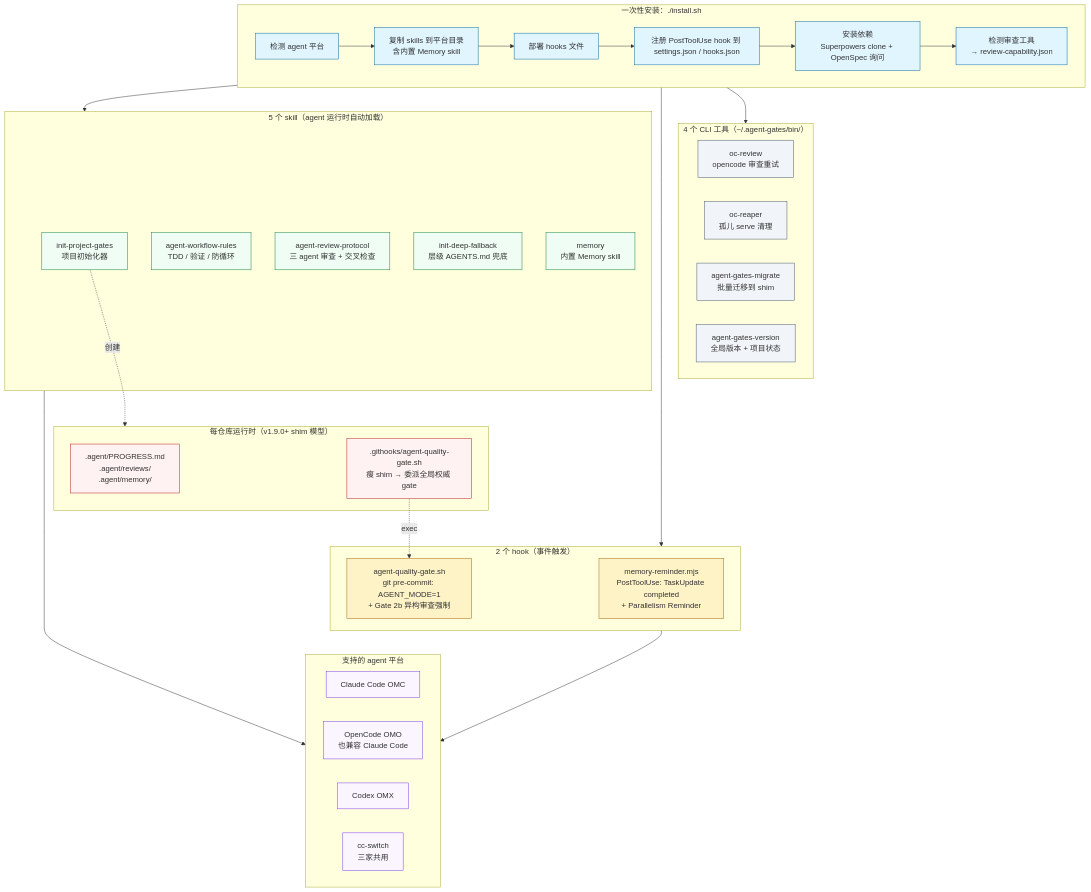
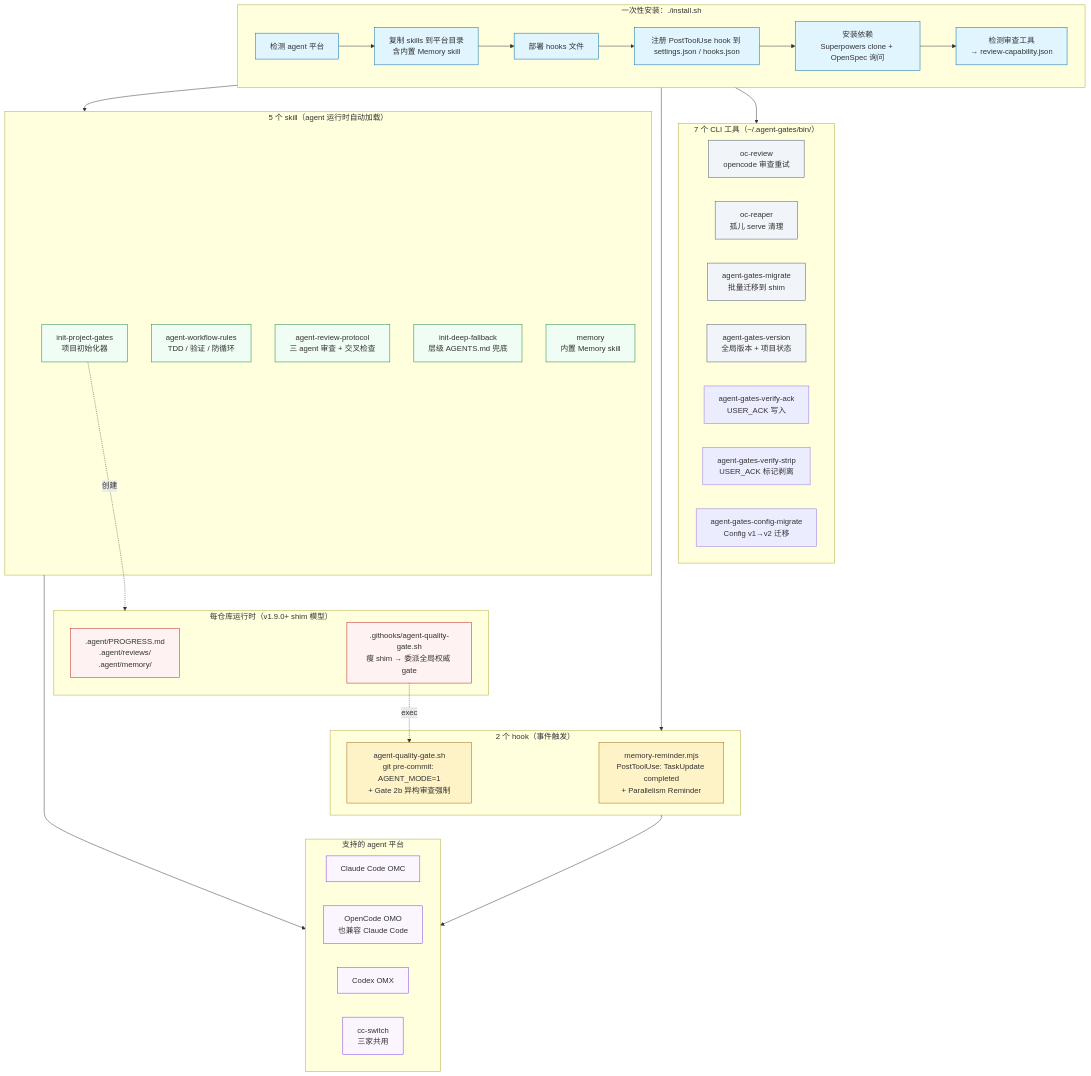
One commit to mcdowell8023/agent-gates changed the first of 5 diagrams in docs/explainer.zh.md. Above: the diagram before and after it, drawn with Mermaid. The commit also changed other lines of this file and 2 other files, not shown here.

````diff
--- a/docs/explainer.zh.md
+++ b/docs/explainer.zh.md
@@ -26,66 +26,69 @@
 ```mermaid
 flowchart TB
     subgraph install["一次性安装：./install.sh"]
         I1[检测 agent 平台]
         I2[复制 skills 到平台目录<br/>含内置 Memory skill]
         I3[部署 hooks 文件]
         I4[注册 PostToolUse hook 到 settings.json / hooks.json]
         I5[安装依赖<br/>Superpowers clone + OpenSpec 询问]
         I6[检测审查工具<br/>→ review-capability.json]
         I1 --> I2 --> I3 --> I4 --> I5 --> I6
     end
 
     subgraph skills["5 个 skill（agent 运行时自动加载）"]
         S1[init-project-gates<br/>项目初始化器]
         S2[agent-workflow-rules<br/>TDD / 验证 / 防循环]
         S3[agent-review-protocol<br/>三 agent 审查 + 交叉检查]
         S4[init-deep-fallback<br/>层级 AGENTS.md 兜底]
         S5[memory<br/>内置 Memory skill]
     end
 
     subgraph hooks["2 个 hook（事件触发）"]
         H1[memory-reminder.mjs<br/>PostToolUse: TaskUpdate completed<br/>+ Parallelism Reminder]
         H2[agent-quality-gate.sh<br/>git pre-commit: AGENT_MODE=1<br/>+ Gate 2b 异构审查强制]
     end
 
-    subgraph bin["4 个 CLI 工具（~/.agent-gates/bin/）"]
+    subgraph bin["7 个 CLI 工具（~/.agent-gates/bin/）"]
         B1[oc-review<br/>opencode 审查重试]
         B2[oc-reaper<br/>孤儿 serve 清理]
         B3[agent-gates-migrate<br/>批量迁移到 shim]
         B4[agent-gates-version<br/>全局版本 + 项目状态]
+        B5[agent-gates-verify-ack<br/>USER_ACK 写入]
+        B6[agent-gates-verify-strip<br/>USER_ACK 标记剥离]
+        B7[agent-gates-config-migrate<br/>Config v1→v2 迁移]
     end
 
     subgraph platforms["支持的 agent 平台"]
         P1[Claude Code OMC]
         P2[OpenCode OMO<br/>也兼容 Claude Code]
         P3[Codex OMX]
         P4[cc-switch<br/>三家共用]
     end
 
     subgraph runtime["每仓库运行时（v1.9.0+ shim 模型）"]
         R1[.agent/PROGRESS.md<br/>.agent/reviews/<br/>.agent/memory/]
         R2[.githooks/agent-quality-gate.sh<br/>瘦 shim → 委派全局权威 gate]
     end
 
     install --> skills
     install --> hooks
     install --> bin
     skills --> platforms
     hooks --> platforms
     S1 -.创建.-> runtime
     R2 -.exec.-> H2
 
     classDef install fill:#e1f5ff,stroke:#0369a1
     classDef skill fill:#f0fdf4,stroke:#15803d
     classDef hook fill:#fef3c7,stroke:#a16207
     classDef platform fill:#faf5ff,stroke:#7c3aed
     classDef runtime fill:#fef2f2,stroke:#b91c1c
     classDef tool fill:#f1f5f9,stroke:#475569
 
     class I1,I2,I3,I4,I5,I6 install
     class S1,S2,S3,S4,S5 skill
     class H1,H2 hook
     class P1,P2,P3,P4 platform
     class R1,R2 runtime
     class B1,B2,B3,B4 tool
 ```
````
